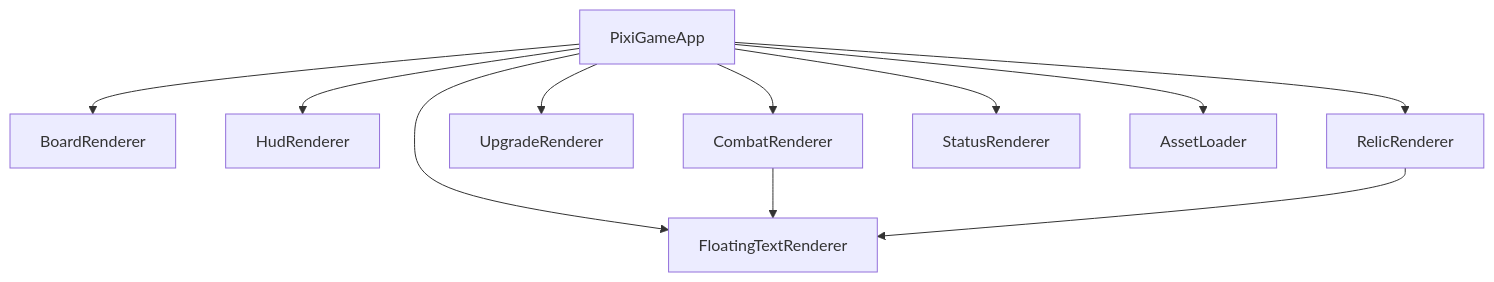
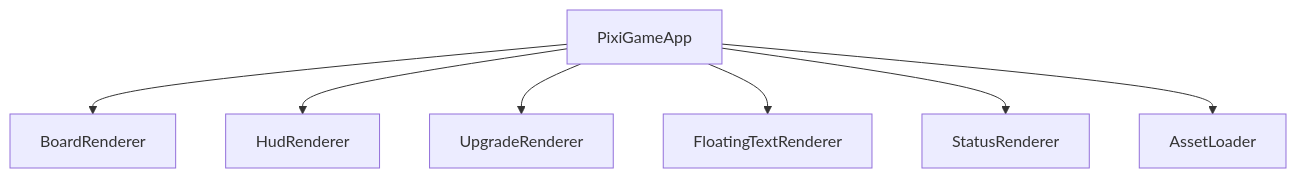
Before and after one commit to evian-christ/humankind: the seventh of 8 diagrams in CODEBASE_DIAGRAM.md, drawn with Mermaid. The commit also changed other lines of this file and 8 other files, not shown here.

````diff
--- a/CODEBASE_DIAGRAM.md
+++ b/CODEBASE_DIAGRAM.md
@@ -339,14 +309,10 @@
 ```mermaid
 flowchart TB
     PixiGameApp["PixiGameApp"]
     PixiGameApp --> BoardRenderer
     PixiGameApp --> HudRenderer
-    PixiGameApp --> RelicRenderer
     PixiGameApp --> UpgradeRenderer
     PixiGameApp --> FloatingTextRenderer
-    PixiGameApp --> CombatRenderer
     PixiGameApp --> StatusRenderer
     PixiGameApp --> AssetLoader
-    CombatRenderer --> FloatingTextRenderer
-    RelicRenderer --> FloatingTextRenderer
 ```
````
